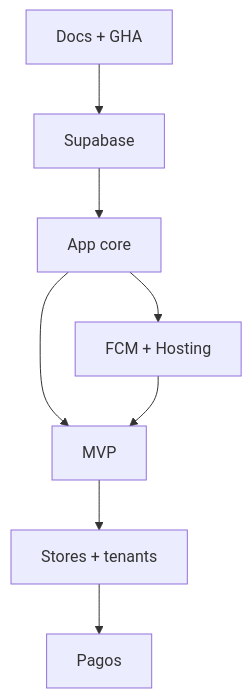
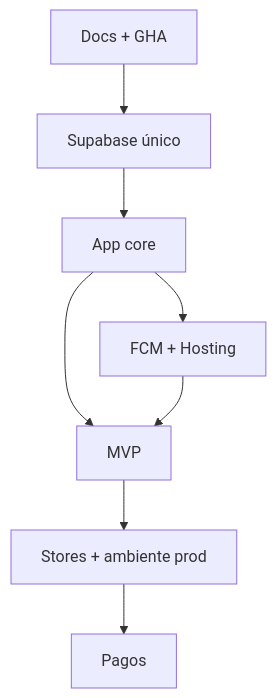
One commit to miguelgutierrezi/comunexa-app-v1 changed the diagram in docs/roadmap.md. Above: the diagram before and after it, drawn with Mermaid. The commit also changed other lines of this file and 15 other files, not shown here.

````diff
--- a/docs/roadmap.md
+++ b/docs/roadmap.md
@@ -57,10 +56,10 @@
 ```mermaid
 graph TD
-  F0[Docs + GHA] --> F1[Supabase]
+  F0[Docs + GHA] --> F1[Supabase único]
   F1 --> F2[App core]
   F2 --> F3[FCM + Hosting]
   F2 --> F4[MVP]
   F3 --> F4
-  F4 --> F5[Stores + tenants]
+  F4 --> F5[Stores + ambiente prod]
   F5 --> F6[Pagos]
 ```
````
